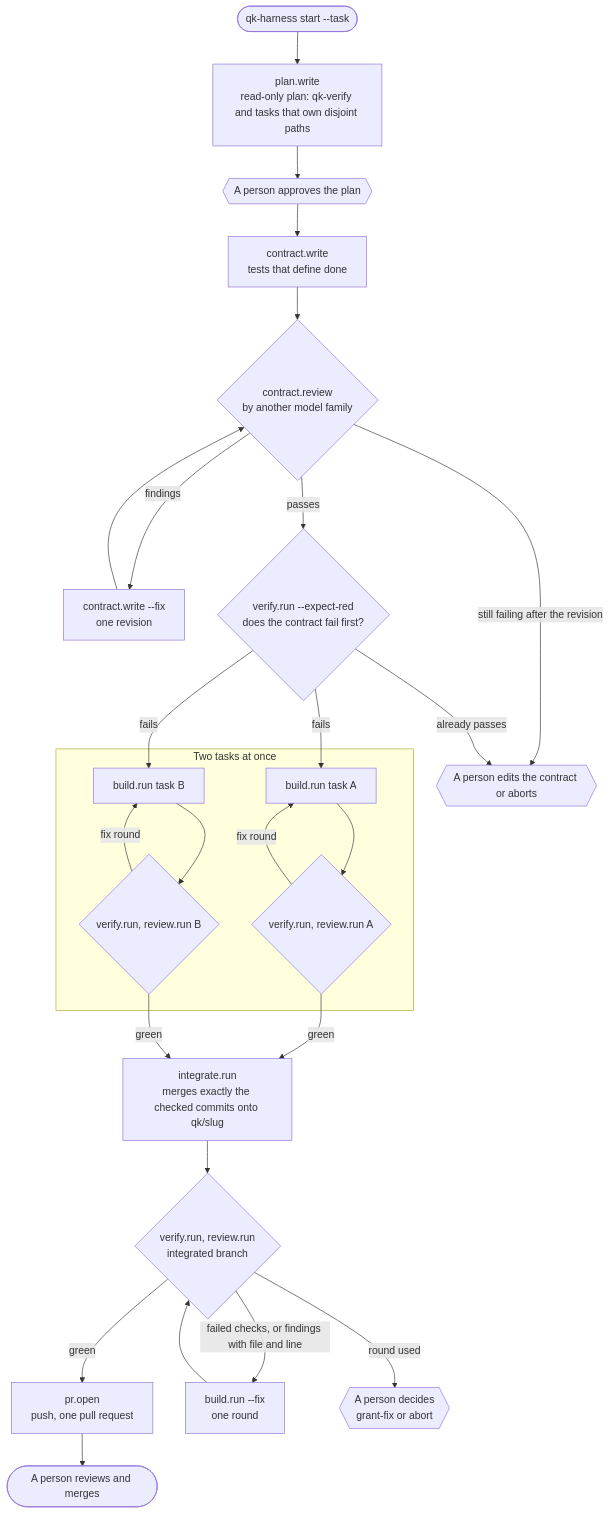
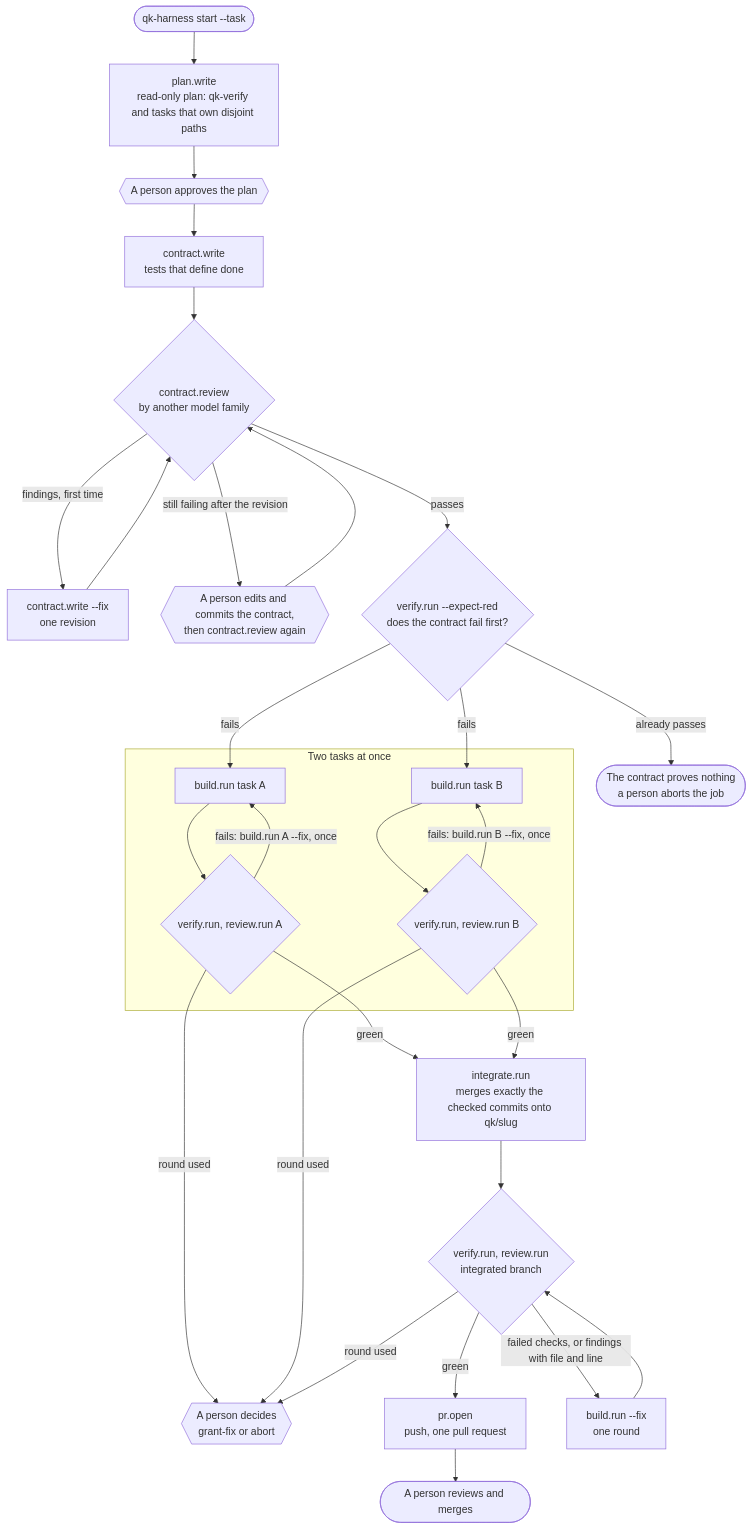
One commit to dakiquang/qk-harness changed the diagram in README.md. Above: the diagram before and after it, drawn with Mermaid. The commit also changed 1 other file, not shown here.

Commit message:
docs: separate the two contract decisions and the task fix round
A contract that already passes can only be aborted; one that still fails review after its revision is edited by a person and reviewed again. Each task's fix round is build.run --fix once, then a person's decision.

````diff
--- a/README.md
+++ b/README.md
@@ -15,26 +15,29 @@
 ```mermaid
 flowchart TB
     start(["qk-harness start --task"]) --> plan["plan.write<br/>read-only plan: qk-verify and tasks that own disjoint paths"]
     plan --> gate{{"A person approves the plan"}}
     gate --> contract["contract.write<br/>tests that define done"]
     contract --> creview{"contract.review<br/>by another model family"}
-    creview -- "findings" --> cfix["contract.write --fix<br/>one revision"]
+    creview -- "findings, first time" --> cfix["contract.write --fix<br/>one revision"]
     cfix --> creview
-    creview -- "still failing after the revision" --> cdecide
+    creview -- "still failing after the revision" --> cedit{{"A person edits and commits the contract,<br/>then contract.review again"}}
+    cedit --> creview
     creview -- "passes" --> red{"verify.run --expect-red<br/>does the contract fail first?"}
-    red -- "already passes" --> cdecide{{"A person edits the contract or aborts"}}
+    red -- "already passes" --> cabort(["The contract proves nothing<br/>a person aborts the job"])
     red -- "fails" --> buildA & buildB
     subgraph tasks ["Two tasks at once"]
         buildA["build.run task A"] --> checkA{"verify.run, review.run A"}
         buildB["build.run task B"] --> checkB{"verify.run, review.run B"}
-        checkA -- "fix round" --> buildA
-        checkB -- "fix round" --> buildB
+        checkA -- "fails: build.run A --fix, once" --> buildA
+        checkB -- "fails: build.run B --fix, once" --> buildB
     end
+    checkA -- "round used" --> decide
+    checkB -- "round used" --> decide
     checkA & checkB -- "green" --> integ["integrate.run<br/>merges exactly the checked commits onto qk/slug"]
     integ --> icheck{"verify.run, review.run<br/>integrated branch"}
     icheck -- "green" --> pr["pr.open<br/>push, one pull request"]
     icheck -- "failed checks, or findings with file and line" --> fix["build.run --fix<br/>one round"]
     fix --> icheck
     icheck -- "round used" --> decide{{"A person decides<br/>grant-fix or abort"}}
     pr --> merge(["A person reviews and merges"])
 ```
````
